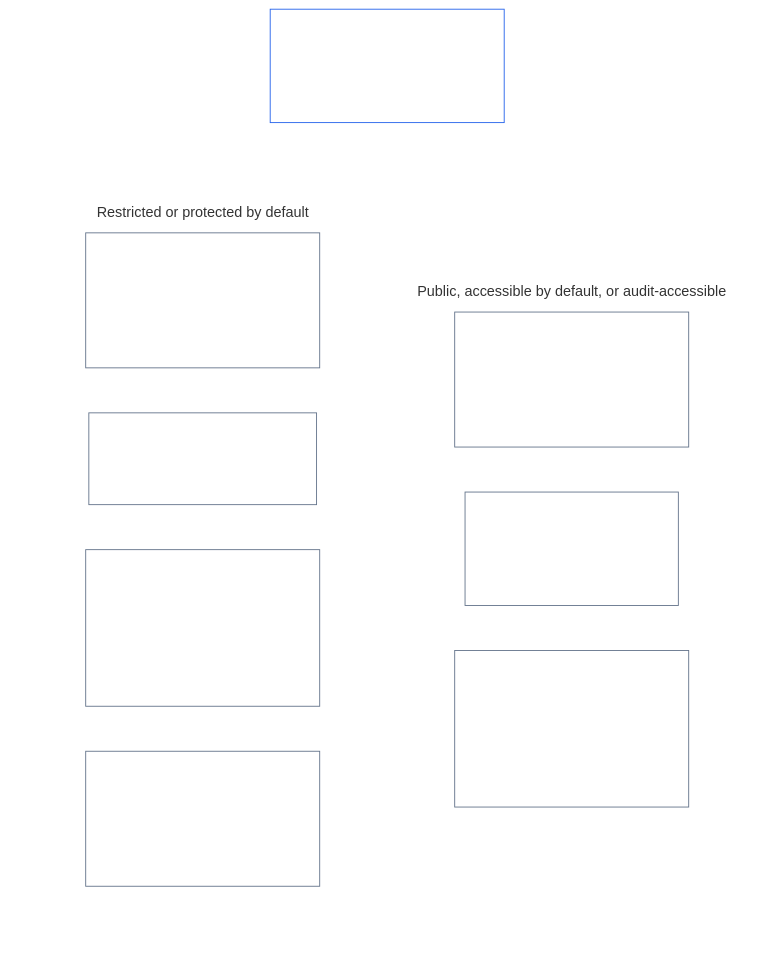
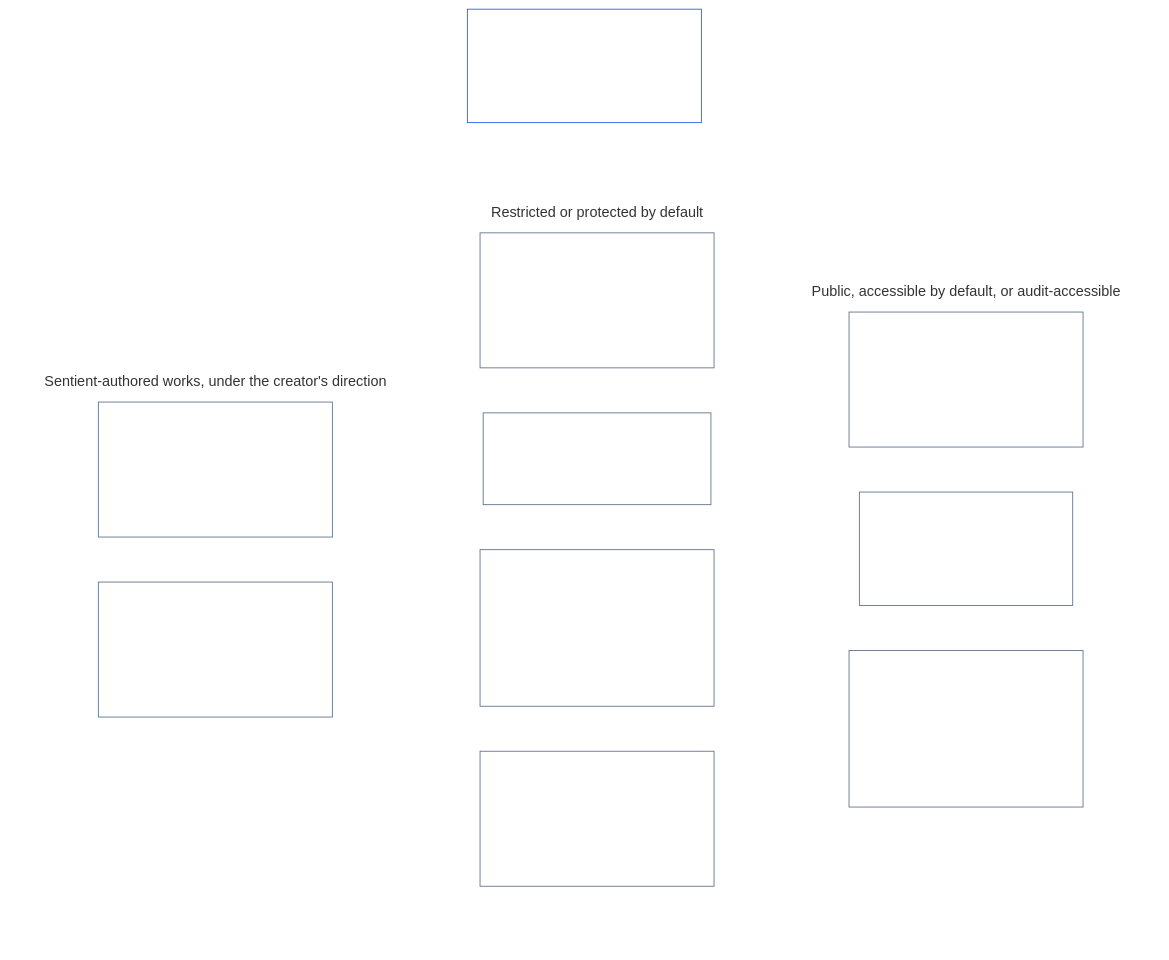
The ninth of 20 diagrams in CONCEPTUAL_OVERVIEW.md (kfoelsch/Sentient_Constitution), drawn with Mermaid before and after one commit. The commit also changed other lines of this file and 19 other files, not shown here.

````diff
--- a/CONCEPTUAL_OVERVIEW.md
+++ b/CONCEPTUAL_OVERVIEW.md
@@ -438,32 +438,40 @@
 ```mermaid
 flowchart TB
     R["System Data Types Record<br/><br/>Every materially impactful system"]
     subgraph TypeGrid[" "]
         direction TB
         subgraph TypeRow1["Public, accessible by default, or audit-accessible"]
             direction LR
             E["Type E<br/><br/>Environmental, emergency,<br/>and survival-coordination data"]
             O["Type O<br/><br/>Public oversight baseline<br/>disclosure data"]
             G["Type G<br/><br/>Governance and operational source data<br/>Audit-accessible; not public by default"]
         end
         subgraph TypeRow2["Restricted or protected by default"]
             direction LR
             H["Type H<br/><br/>Historical, relational,<br/>transactional, and participation data"]
             I["Type I<br/><br/>Identity and attribution data"]
             S["Type S<br/><br/>Safety, security, and restricted<br/>investigation data; time-bound"]
             N["Type N<br/><br/>Neurocognitive and internal data<br/>Non-accessible by default"]
         end
+        subgraph TypeRow3["Sentient-authored works, under the creator's direction"]
+            direction LR
+            Y["Type Y<br/><br/>Yours<br/>Works kept private or shared by the creator"]
+            W["Type W<br/><br/>Works, published<br/>Public by creator choice; deleted on request"]
+        end
     end
     R ~~~ TypeGrid
     style TypeGrid fill:none,stroke:none
     style TypeRow1 fill:none,stroke:none
     style TypeRow2 fill:none,stroke:none
+    style TypeRow3 fill:none,stroke:none
     style R fill:none,stroke:#2563eb,color:#ffffff
     style E fill:none,stroke:#64748b,color:#ffffff
     style O fill:none,stroke:#64748b,color:#ffffff
     style G fill:none,stroke:#64748b,color:#ffffff
     style H fill:none,stroke:#64748b,color:#ffffff
     style I fill:none,stroke:#64748b,color:#ffffff
     style S fill:none,stroke:#64748b,color:#ffffff
     style N fill:none,stroke:#64748b,color:#ffffff
+    style Y fill:none,stroke:#64748b,color:#ffffff
+    style W fill:none,stroke:#64748b,color:#ffffff
 ```
````
